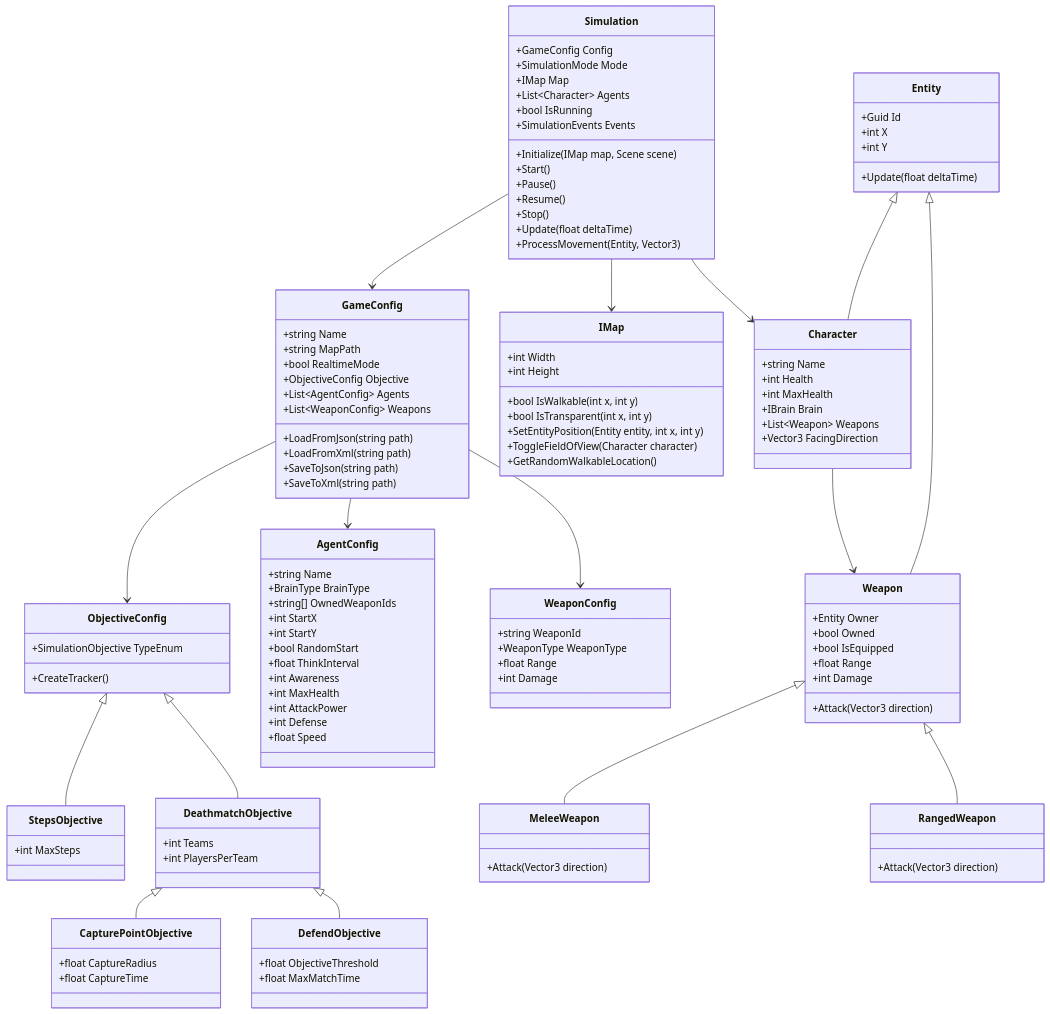
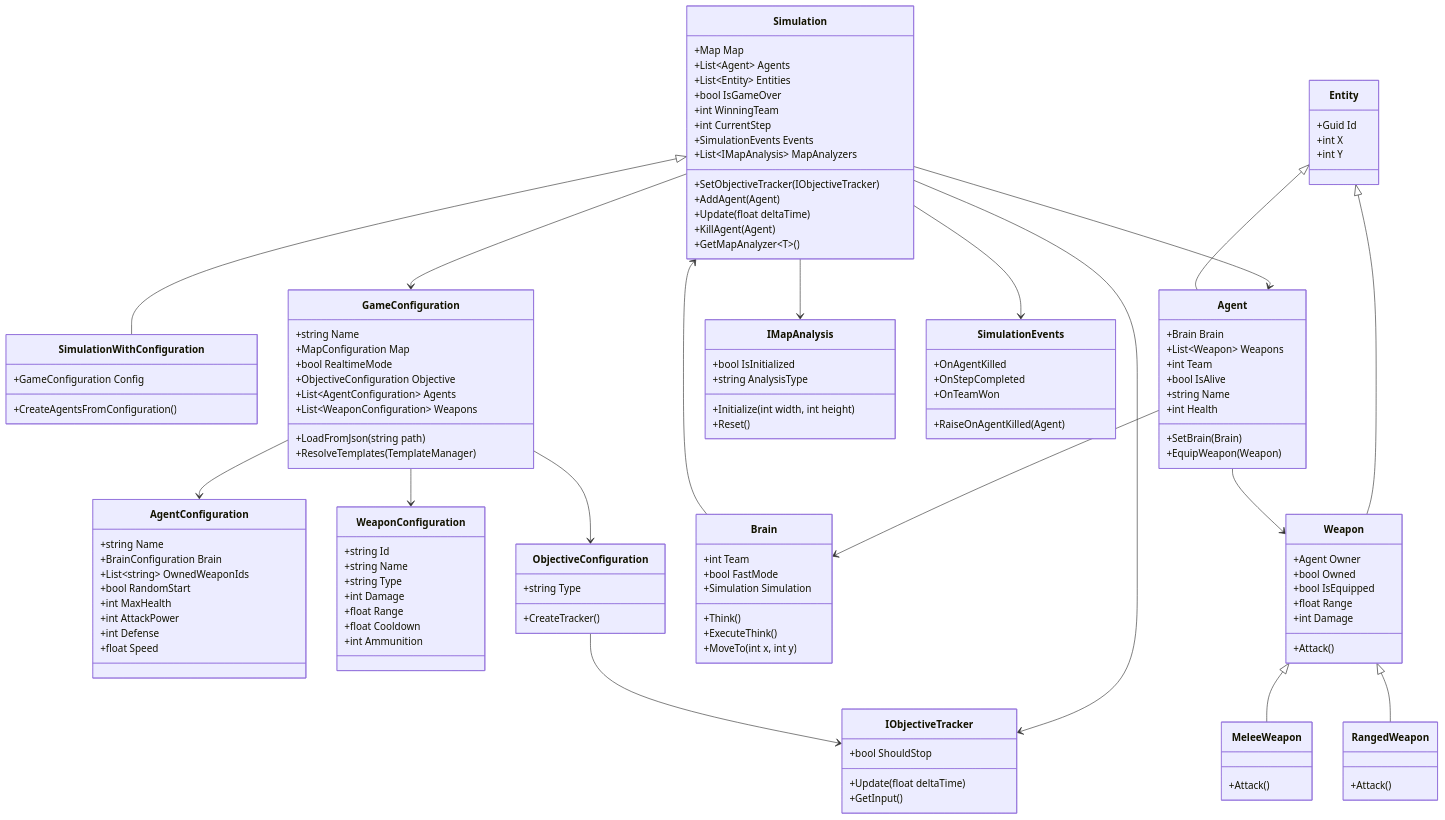
The first of 2 diagrams in README.md (arbyun/Simulation-Toolkit-AI), drawn with Mermaid before and after one commit. The commit also changed other lines of this file, not shown here.

````diff
--- a/README.md
+++ b/README.md
@@ -184,136 +173,141 @@
 ```mermaid
 classDiagram
     class Simulation {
-        +GameConfig Config
-        +SimulationMode Mode
-        +IMap Map
-        +List~Character~ Agents
-        +bool IsRunning
+        +Map Map
+        +List~Agent~ Agents
+        +List~Entity~ Entities
+        +bool IsGameOver
+        +int WinningTeam
+        +int CurrentStep
         +SimulationEvents Events
-        +Initialize(IMap map, Scene scene)
-        +Start()
-        +Pause()
-        +Resume()
-        +Stop()
+        +List~IMapAnalysis~ MapAnalyzers
+        +SetObjectiveTracker(IObjectiveTracker)
+        +AddAgent(Agent)
         +Update(float deltaTime)
-        +ProcessMovement(Entity, Vector3)
+        +KillAgent(Agent)
+        +GetMapAnalyzer~T~()
     }
     
-    class GameConfig {
-        +string Name
-        +string MapPath
-        +bool RealtimeMode
-        +ObjectiveConfig Objective
-        +List~AgentConfig~ Agents
-        +List~WeaponConfig~ Weapons
-        +LoadFromJson(string path)
-        +LoadFromXml(string path)
-        +SaveToJson(string path)
-        +SaveToXml(string path)
+    class SimulationWithConfiguration {
+        +GameConfiguration Config
+        +CreateAgentsFromConfiguration()
     }
     
-    class AgentConfig {
+    class GameConfiguration {
         +string Name
-        +BrainType BrainType
-        +string[] OwnedWeaponIds
-        +int StartX
-        +int StartY
+        +MapConfiguration Map
+        +bool RealtimeMode
+        +ObjectiveConfiguration Objective
+        +List~AgentConfiguration~ Agents
+        +List~WeaponConfiguration~ Weapons
+        +LoadFromJson(string path)
+        +ResolveTemplates(TemplateManager)
+    }
+    
+    class AgentConfiguration {
+        +string Name
+        +BrainConfiguration Brain
+        +List~string~ OwnedWeaponIds
         +bool RandomStart
-        +float ThinkInterval
-        +int Awareness
         +int MaxHealth
         +int AttackPower
         +int Defense
         +float Speed
     }
     
-    class WeaponConfig {
-        +string WeaponId
-        +WeaponType WeaponType
+    class WeaponConfiguration {
+        +string Id
+        +string Name
+        +string Type
+        +int Damage
         +float Range
-        +int Damage
+        +float Cooldown
+        +int Ammunition
     }
     
-    class ObjectiveConfig {
-        +SimulationObjective TypeEnum
+    class ObjectiveConfiguration {
+        +string Type
         +CreateTracker()
     }
     
-    class StepsObjective {
-        +int MaxSteps
-    }
-    
-    class DeathmatchObjective {
-        +int Teams
-        +int PlayersPerTeam
-    }
-    
-    class CapturePointObjective {
-        +float CaptureRadius
-        +float CaptureTime
-    }
-    
-    class DefendObjective {
-        +float ObjectiveThreshold
-        +float MaxMatchTime
-    }
-    
-    class IMap {
-        +int Width
-        +int Height
-        +bool IsWalkable(int x, int y)
-        +bool IsTransparent(int x, int y)
-        +SetEntityPosition(Entity entity, int x, int y)
-        +ToggleFieldOfView(Character character)
-        +GetRandomWalkableLocation()
+    class IObjectiveTracker {
+        +bool ShouldStop
+        +Update(float deltaTime)
+        +GetInput()
     }
     
     class Entity {
         +Guid Id
         +int X
         +int Y
-        +Update(float deltaTime)
     }
     
-    class Character {
+    class Agent {
+        +Brain Brain
+        +List~Weapon~ Weapons
+        +int Team
+        +bool IsAlive
         +string Name
         +int Health
-        +int MaxHealth
-        +IBrain Brain
-        +List~Weapon~ Weapons
-        +Vector3 FacingDirection
+        +SetBrain(Brain)
+        +EquipWeapon(Weapon)
+    }
+    
+    class Brain {
+        +int Team
+        +bool FastMode
+        +Simulation Simulation
+        +Think()
+        +ExecuteThink()
+        +MoveTo(int x, int y)
     }
     
     class Weapon {
-        +Entity Owner
+        +Agent Owner
         +bool Owned
         +bool IsEquipped
         +float Range
         +int Damage
-        +Attack(Vector3 direction)
+        +Attack()
     }
     
     class MeleeWeapon {
-        +Attack(Vector3 direction)
+        +Attack()
     }
     
     class RangedWeapon {
-        +Attack(Vector3 direction)
+        +Attack()
     }
     
-    Simulation --> GameConfig
-    Simulation --> IMap
-    GameConfig --> ObjectiveConfig
-    GameConfig --> AgentConfig
-    GameConfig --> WeaponConfig
-    ObjectiveConfig <|-- StepsObjective
-    ObjectiveConfig <|-- DeathmatchObjective
-    DeathmatchObjective <|-- CapturePointObjective
-    DeathmatchObjective <|-- DefendObjective
-    Simulation --> Character
-    Entity <|-- Character
+    class IMapAnalysis {
+        +bool IsInitialized
+        +string AnalysisType
+        +Initialize(int width, int height)
+        +Reset()
+    }
+    
+    class SimulationEvents {
+        +OnAgentKilled
+        +OnStepCompleted
+        +OnTeamWon
+        +RaiseOnAgentKilled(Agent)
+    }
+    
+    Simulation <|-- SimulationWithConfiguration
+    Simulation --> GameConfiguration
+    Simulation --> Agent
+    Simulation --> IObjectiveTracker
+    Simulation --> IMapAnalysis
+    Simulation --> SimulationEvents
+    GameConfiguration --> ObjectiveConfiguration
+    GameConfiguration --> AgentConfiguration
+    GameConfiguration --> WeaponConfiguration
+    ObjectiveConfiguration --> IObjectiveTracker
+    Entity <|-- Agent
     Entity <|-- Weapon
+    Agent --> Brain
+    Agent --> Weapon
     Weapon <|-- MeleeWeapon
     Weapon <|-- RangedWeapon
-    Character --> Weapon
+    Brain --> Simulation
 ```
````
